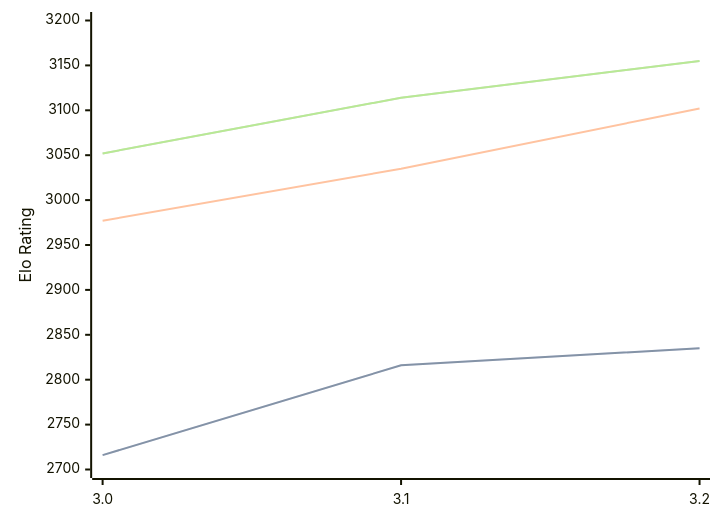
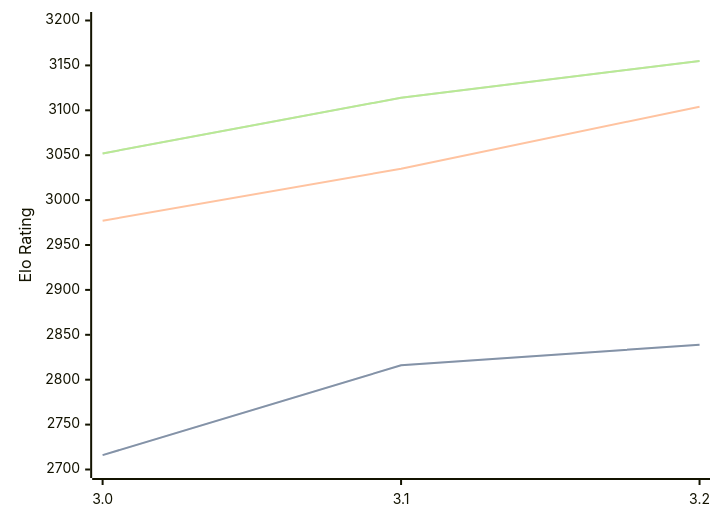
The diagram in engines/Vajolet2.md (computer-chess-index/cci), drawn with Mermaid before and after one commit. The commit also changed other lines of this file, not shown here.

````diff
--- a/engines/Vajolet2.md
+++ b/engines/Vajolet2.md
@@ -41,11 +41,11 @@
 ```mermaid
 %%{init: {"theme":"base","themeVariables":{"seriesColors:['#a3a3a3','#222221','#faa371']}}}%%
 xychart-beta
   x-axis ["3.0", "3.1", "3.2"]
   y-axis "Elo Rating" 2700 --> 3200
-  line "STC (8.0+0.08s)" [2716, 2816, 2835]
-  line "STC (8.0+0.08s)" [2716, 2816, 2835]
-  line "LTC (60.0+0.60s)" [2977, 3035, 3102]
+  line "STC (8.0+0.08s)" [2716, 2816, 2839]
+  line "STC (8.0+0.08s)" [2716, 2816, 2839]
+  line "LTC (60.0+0.60s)" [2977, 3035, 3104]
   line "VLTC (2m24s+1.12s)" [3052, 3114, 3155]
   line "VLTC (2m24s+1.12s)" [3052, 3114, 3155]
 ```
````
